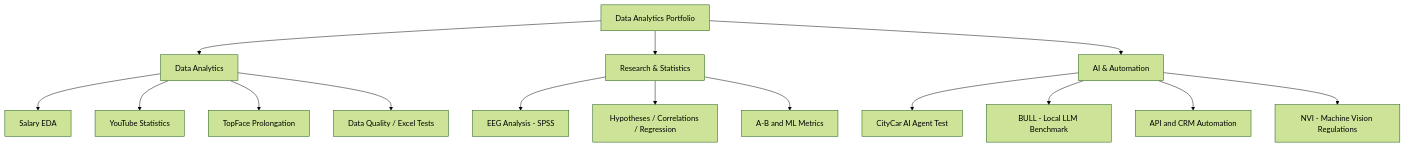
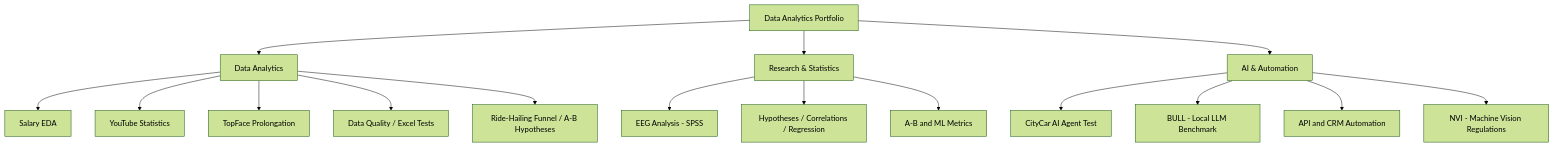
The diagram in README.md (MrChronon/data-analytics-portfolio), drawn with Mermaid (forest theme) before and after one commit. The commit also changed other lines of this file, not shown here.

Commit message:
Add ride-hailing product analysis to portfolio index

````diff
--- a/README.md
+++ b/README.md
@@ -33,21 +33,22 @@
 ```mermaid
 flowchart TB
     P[Data Analytics Portfolio]
     P --> D[Data Analytics]
     P --> R[Research & Statistics]
     P --> A[AI & Automation]
 
     D --> D1[Salary EDA]
     D --> D2[YouTube Statistics]
     D --> D3[TopFace Prolongation]
     D --> D4[Data Quality / Excel Tests]
+    D --> D5[Ride-Hailing Funnel / A-B Hypotheses]
 
     R --> R1[EEG Analysis - SPSS]
     R --> R2[Hypotheses / Correlations / Regression]
     R --> R3[A-B and ML Metrics]
 
     A --> A1[CityCar AI Agent Test]
     A --> A2[BULL - Local LLM Benchmark]
     A --> A3[API and CRM Automation]
     A --> A4[NVI - Machine Vision Regulations]
 ```
````
